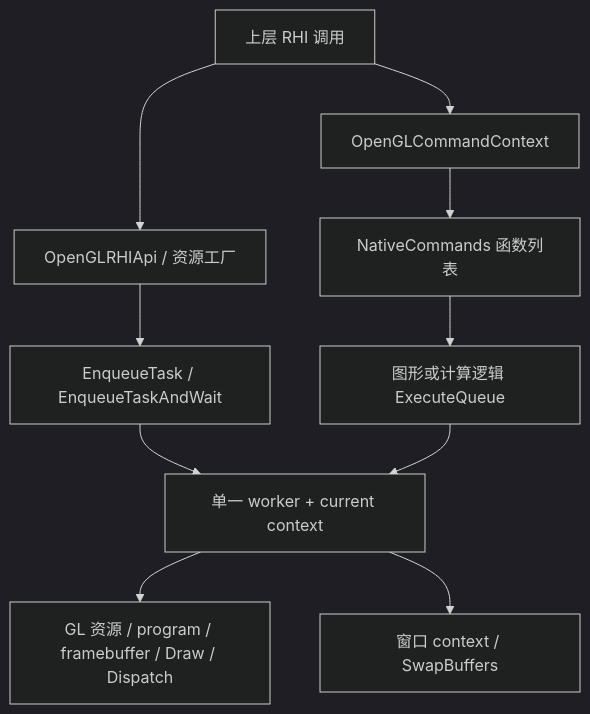
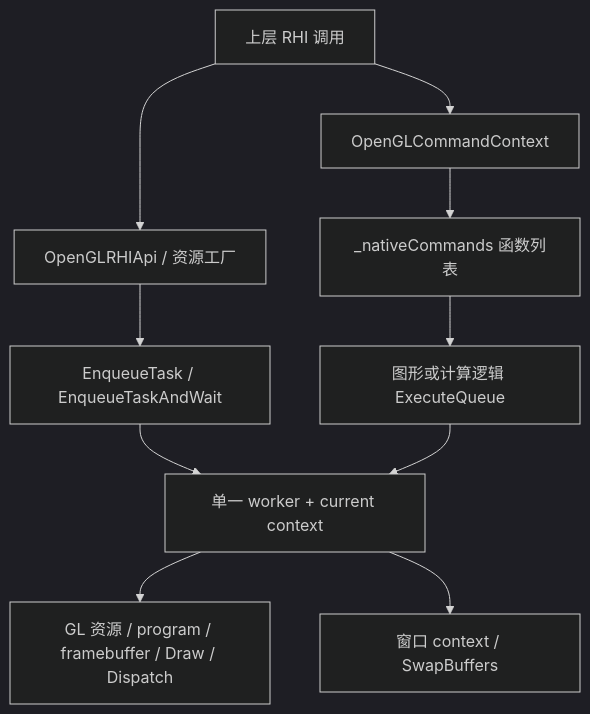
One commit to mou-wj/WREngine changed the diagram in Doc/architecture/rhi/rhiopengl.md. Above: the diagram before and after it, drawn with Mermaid (dark theme). The commit also changed other lines of this file and 15 other files, not shown here.

````diff
--- a/Doc/architecture/rhi/rhiopengl.md
+++ b/Doc/architecture/rhi/rhiopengl.md
@@ -58,12 +58,12 @@
 ```mermaid
 flowchart TD
     A[上层 RHI 调用] --> B[OpenGLRHIApi / 资源工厂]
     A --> C[OpenGLCommandContext]
     B --> D[EnqueueTask / EnqueueTaskAndWait]
-    C --> E[NativeCommands 函数列表]
+    C --> E[_nativeCommands 函数列表]
     E --> F[图形或计算逻辑 ExecuteQueue]
     D --> G[单一 worker + current context]
     F --> G
     G --> H[GL 资源 / program / framebuffer / Draw / Dispatch]
     G --> I[窗口 context / SwapBuffers]
 ```
````
